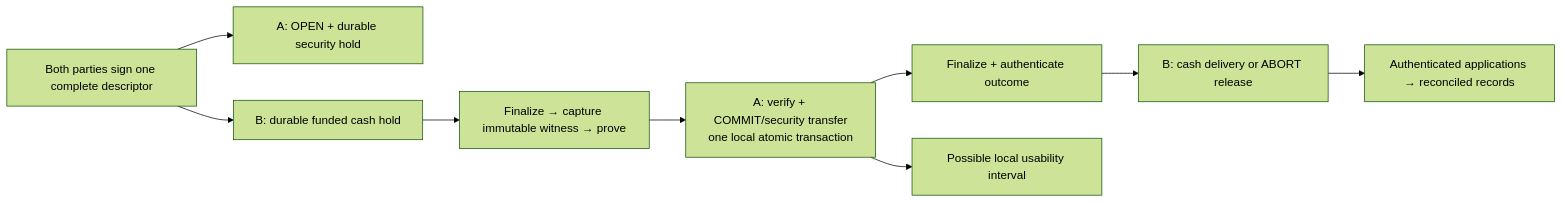
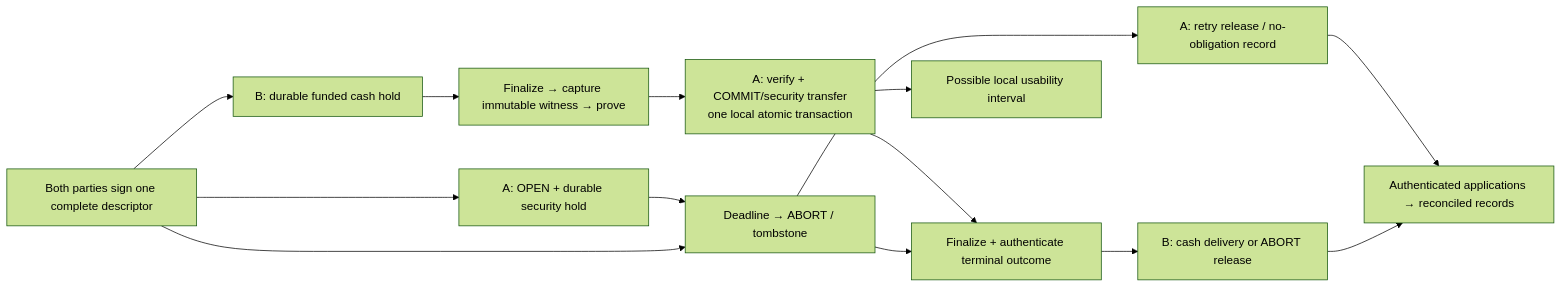
Before and after one commit to JekaMas/qmodel: the diagram in verification/reports/solution-and-changes.md, drawn with Mermaid (forest theme). The commit also changed other lines of this file and 211 other files, not shown here.

````diff
--- a/verification/reports/solution-and-changes.md
+++ b/verification/reports/solution-and-changes.md
@@ -5,11 +5,16 @@
 ```mermaid
 flowchart LR
   Intent["Both parties sign one complete descriptor"] --> A["A: OPEN + durable security hold"]
   Intent --> B["B: durable funded cash hold"]
   B --> F["Finalize → capture immutable witness → prove"]
   F --> C["A: verify + COMMIT/security transfer\none local atomic transaction"]
-  C --> O["Finalize + authenticate outcome"]
+  C --> O["Finalize + authenticate terminal outcome"]
+  A --> X["Deadline → ABORT / tombstone"]
+  Intent --> X
+  X --> O
+  X --> AR["A: retry release / no-obligation record"]
+  AR --> Records
   O --> Cash["B: cash delivery or ABORT release"]
   Cash --> Records["Authenticated applications → reconciled records"]
   C --> Lag["Possible local usability interval"]
 ```
````
